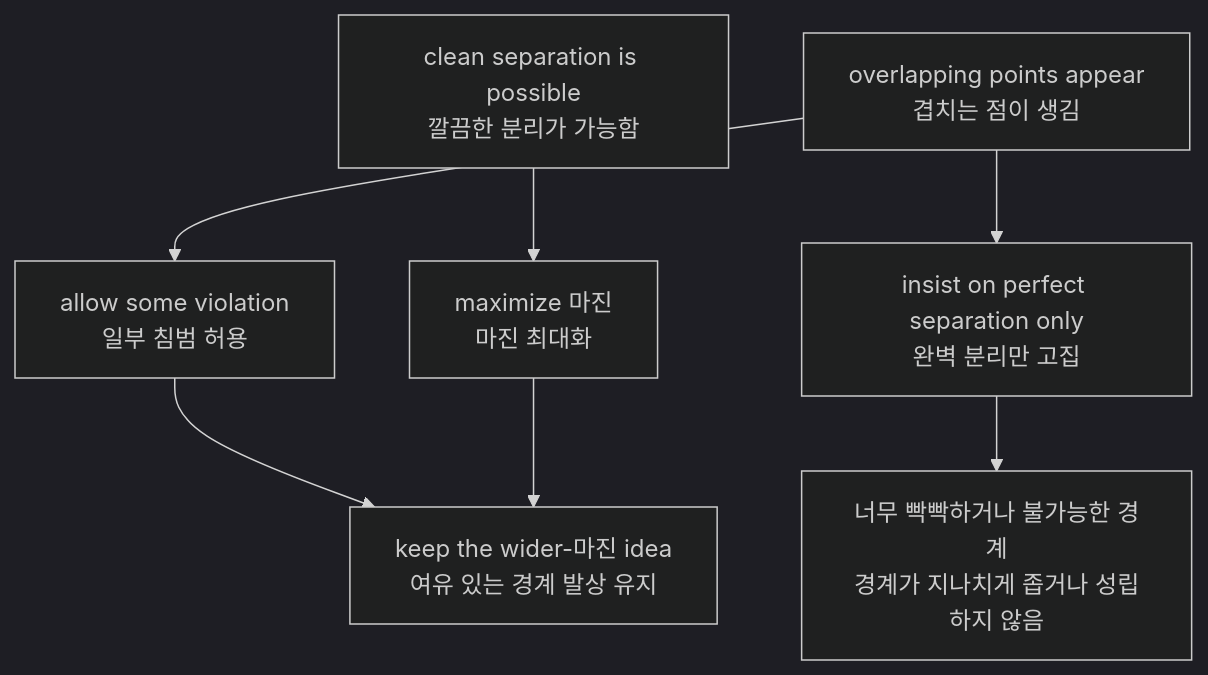
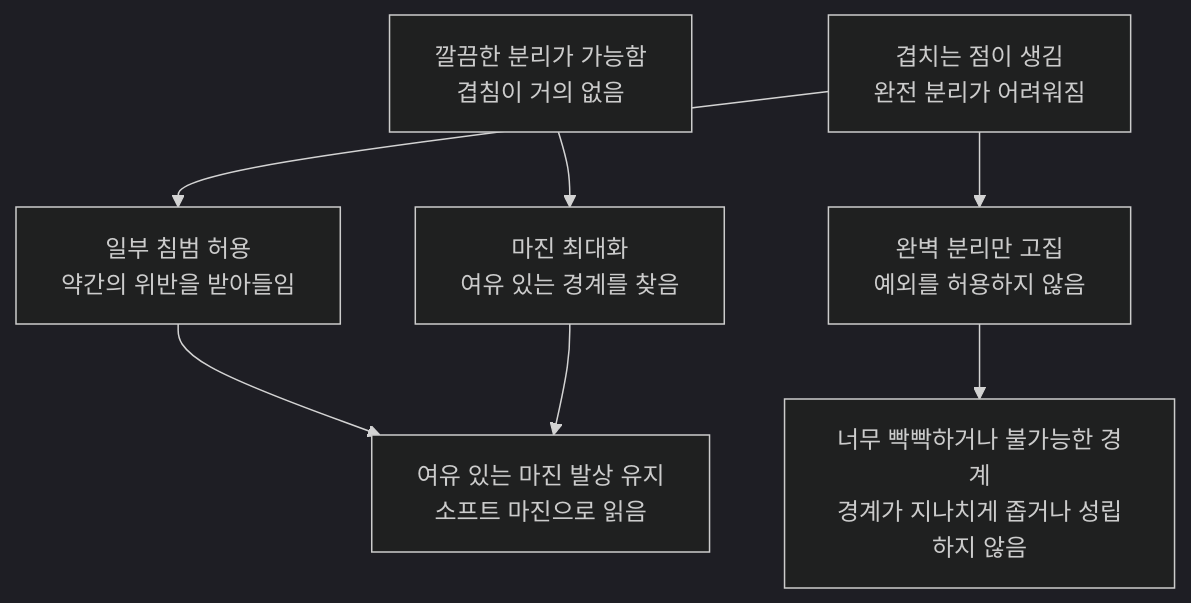
One commit to devchan64/AiBook changed the diagram in docs/assets/part-04/chapter-13/p4-13-1-mermaid-03-ko.mmd. Above: the diagram before and after it, drawn with Mermaid (dark theme). The commit also changed 8 other files, not shown here.

Commit message:
Finish Part 4 Korean diagram localization

```diff
--- a/docs/assets/part-04/chapter-13/p4-13-1-mermaid-03-ko.mmd
+++ b/docs/assets/part-04/chapter-13/p4-13-1-mermaid-03-ko.mmd
@@ -1,8 +1,8 @@
 flowchart TD
-  A["clean separation is possible<br/>깔끔한 분리가 가능함"] --> B["maximize 마진<br/>마진 최대화"]
-  C["overlapping points appear<br/>겹치는 점이 생김"]
-  C --> D["insist on perfect separation only<br/>완벽 분리만 고집"]
-  C --> E["allow some violation<br/>일부 침범 허용"]
+  A["깔끔한 분리가 가능함<br/>겹침이 거의 없음"] --> B["마진 최대화<br/>여유 있는 경계를 찾음"]
+  C["겹치는 점이 생김<br/>완전 분리가 어려워짐"]
+  C --> D["완벽 분리만 고집<br/>예외를 허용하지 않음"]
+  C --> E["일부 침범 허용<br/>약간의 위반을 받아들임"]
   D --> F["너무 빡빡하거나 불가능한 경계<br/>경계가 지나치게 좁거나 성립하지 않음"]
-  E --> G["keep the wider-마진 idea<br/>여유 있는 경계 발상 유지"]
+  E --> G["여유 있는 마진 발상 유지<br/>소프트 마진으로 읽음"]
   B --> G
```
